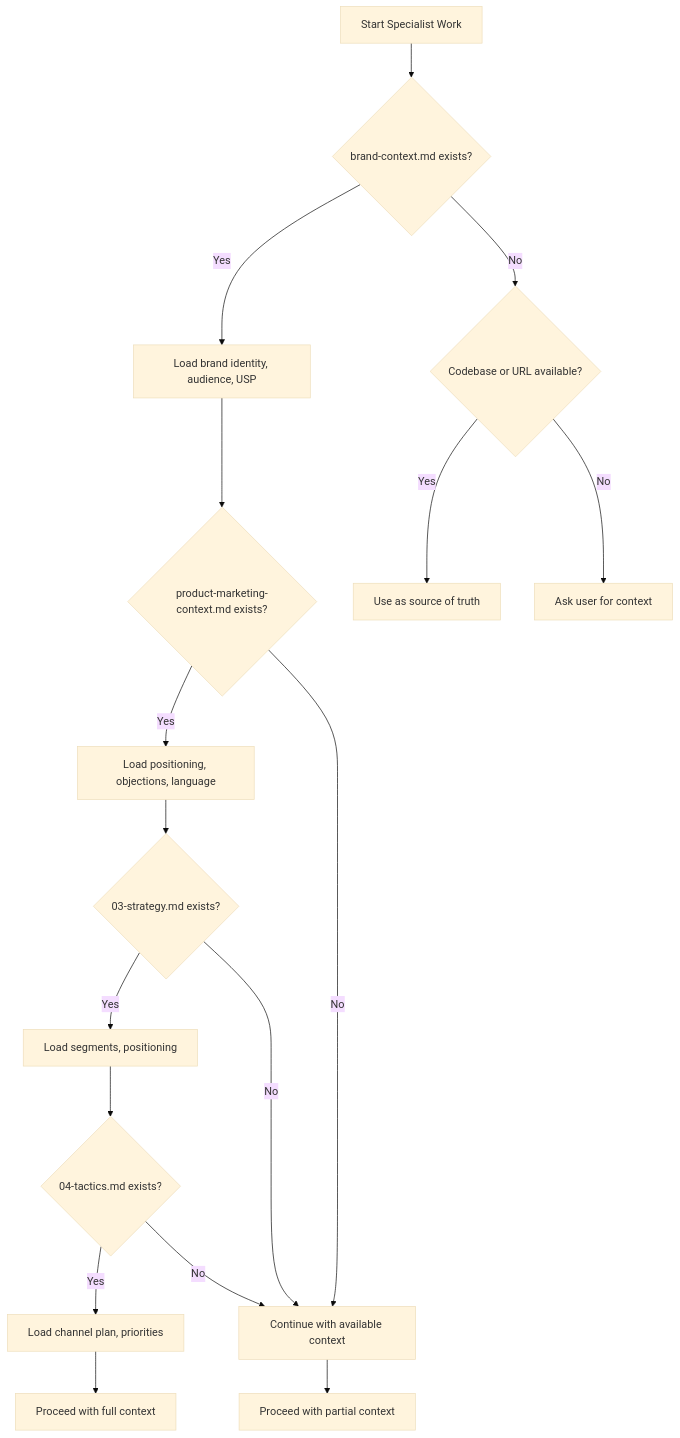
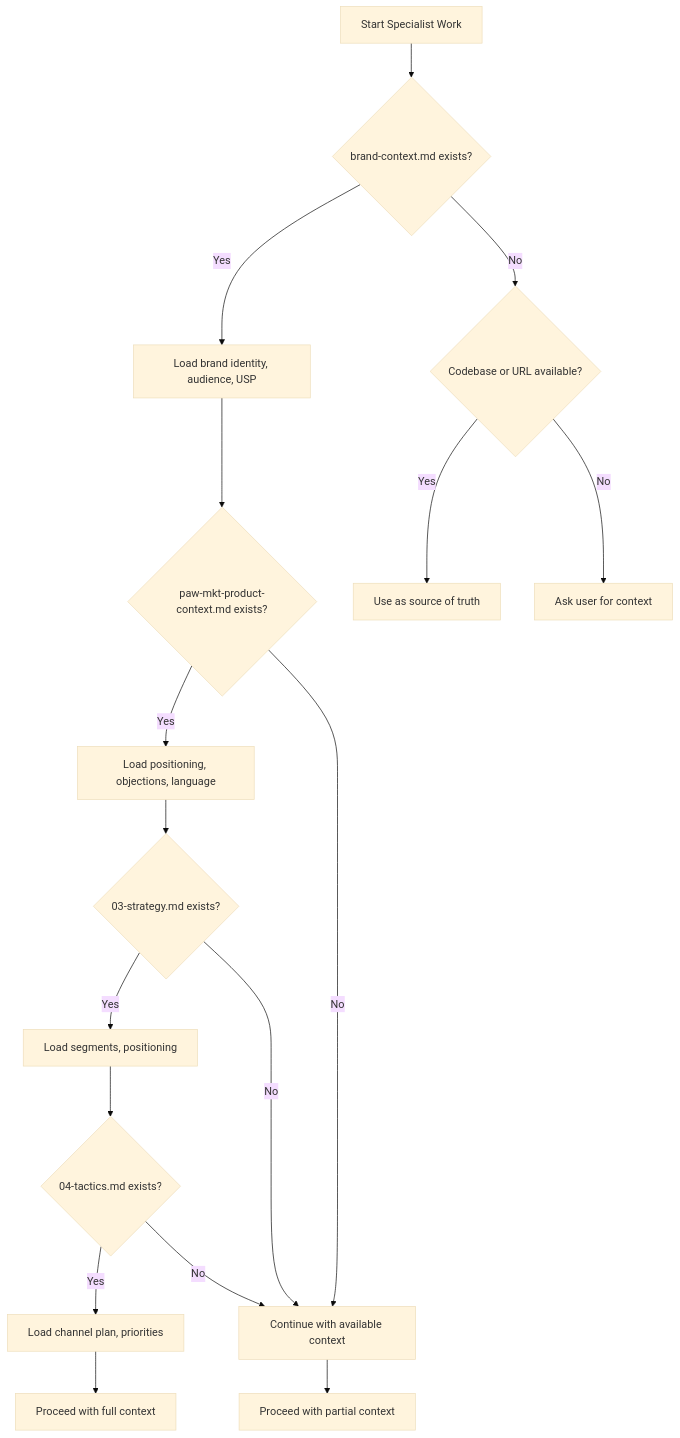
Before and after one commit to pawbytes/skill-suites: the first of 9 diagrams in docs/marketing/user-guide/part-4-workflow-architecture.md, drawn with Mermaid (base theme). The commit also changed other lines of this file and 30 other files, not shown here.

````diff
--- a/docs/marketing/user-guide/part-4-workflow-architecture.md
+++ b/docs/marketing/user-guide/part-4-workflow-architecture.md
@@ -94,19 +94,19 @@
 ```mermaid
 flowchart TD
     A[Start Specialist Work] --> B{brand-context.md exists?}
     B -- Yes --> C[Load brand identity, audience, USP]
     B -- No --> D{Codebase or URL available?}
-    C --> E{product-marketing-context.md exists?}
+    C --> E{paw-mkt-product-context.md exists?}
     E -- Yes --> F[Load positioning, objections, language]
     E -- No --> G[Continue with available context]
     F --> H{03-strategy.md exists?}
     H -- Yes --> I[Load segments, positioning]
     H -- No --> G
     I --> J{04-tactics.md exists?}
     J -- Yes --> K[Load channel plan, priorities]
     J -- No --> G
     K --> L[Proceed with full context]
     G --> M[Proceed with partial context]
     D -- Yes --> N[Use as source of truth]
     D -- No --> O[Ask user for context]
 ```
````
